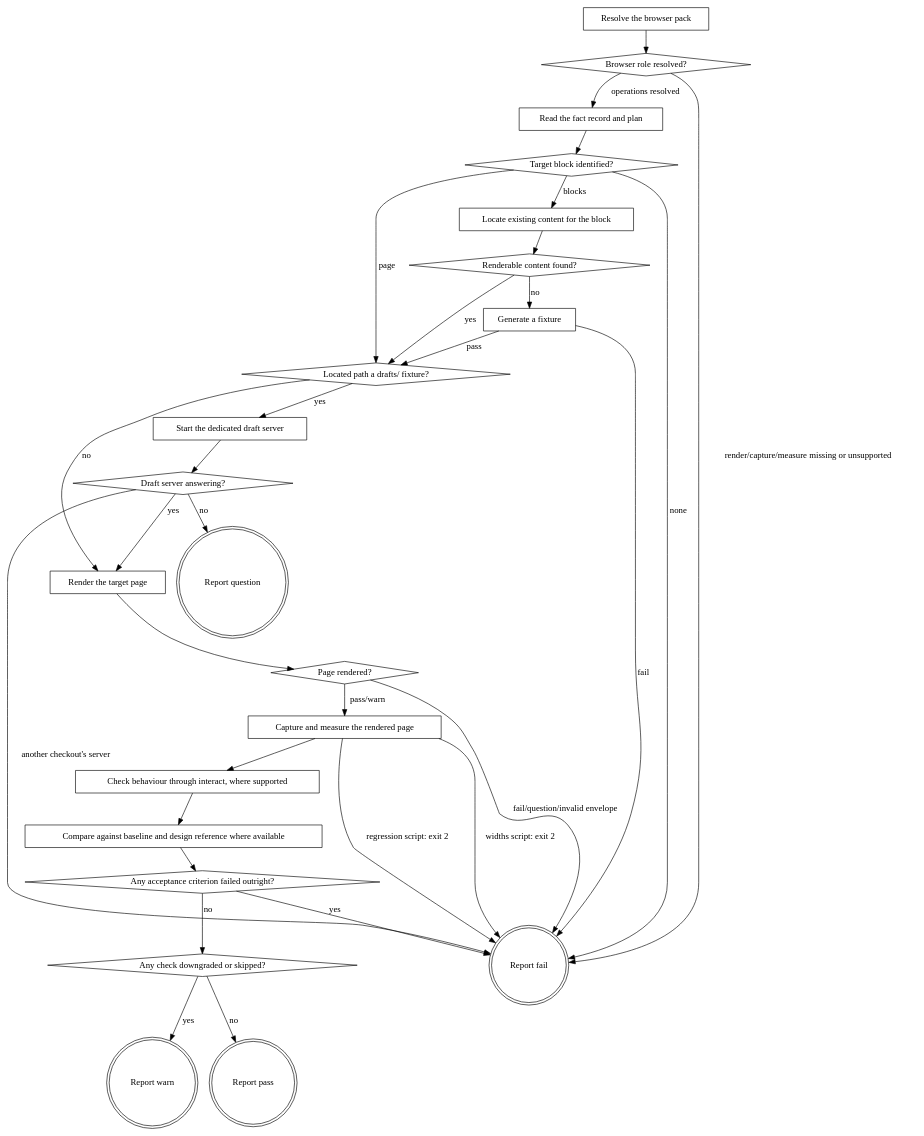
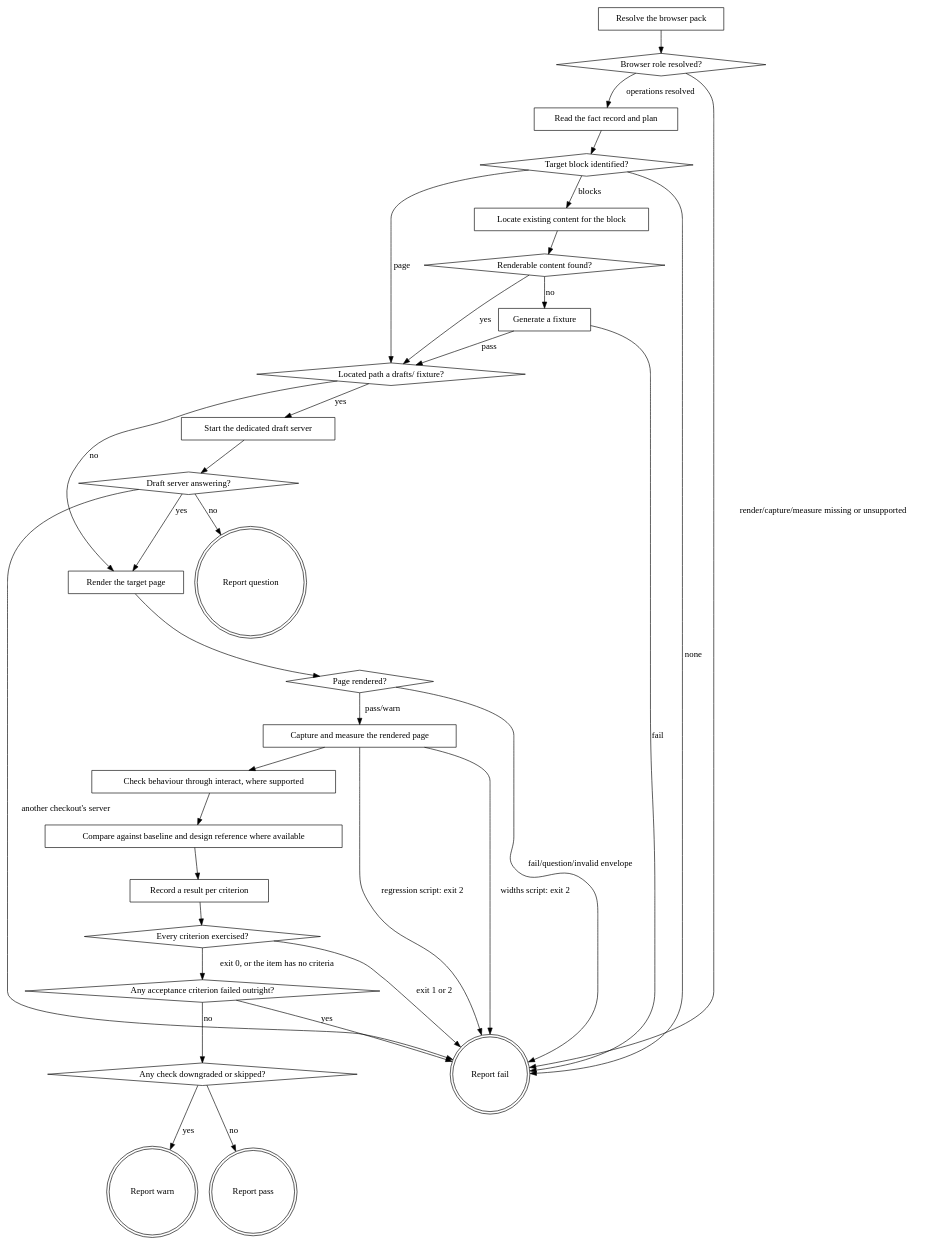
One commit to agenticDraft/plugins changed the diagram in plugins/agentic-eds/skills/eds-verify/SKILL.md. Above: the diagram before and after it, drawn with Graphviz. The commit also changed other lines of this file and 30 other files, not shown here.

````diff
--- a/plugins/agentic-eds/skills/eds-verify/SKILL.md
+++ b/plugins/agentic-eds/skills/eds-verify/SKILL.md
@@ -52,56 +52,61 @@
 ```dot
 digraph eds_verify {
     "Resolve the browser pack" [shape=box];
     "Browser role resolved?" [shape=diamond];
     "Read the fact record and plan" [shape=box];
     "Target block identified?" [shape=diamond];
     "Locate existing content for the block" [shape=box];
     "Renderable content found?" [shape=diamond];
     "Generate a fixture" [shape=box];
     "Located path a drafts/ fixture?" [shape=diamond];
     "Start the dedicated draft server" [shape=box];
     "Draft server answering?" [shape=diamond];
     "Render the target page" [shape=box];
     "Page rendered?" [shape=diamond];
     "Capture and measure the rendered page" [shape=box];
     "Check behaviour through interact, where supported" [shape=box];
     "Compare against baseline and design reference where available" [shape=box];
+    "Record a result per criterion" [shape=box];
+    "Every criterion exercised?" [shape=diamond];
     "Any acceptance criterion failed outright?" [shape=diamond];
     "Any check downgraded or skipped?" [shape=diamond];
     "Report fail" [shape=doublecircle];
     "Report question" [shape=doublecircle];
     "Report warn" [shape=doublecircle];
     "Report pass" [shape=doublecircle];
 
     "Resolve the browser pack" -> "Browser role resolved?";
     "Browser role resolved?" -> "Read the fact record and plan" [label="operations resolved"];
     "Browser role resolved?" -> "Report fail" [label="render/capture/measure missing or unsupported"];
     "Read the fact record and plan" -> "Target block identified?";
     "Target block identified?" -> "Locate existing content for the block" [label="blocks"];
     "Target block identified?" -> "Located path a drafts/ fixture?" [label="page"];
     "Target block identified?" -> "Report fail" [label="none"];
     "Locate existing content for the block" -> "Renderable content found?";
     "Renderable content found?" -> "Located path a drafts/ fixture?" [label="yes"];
     "Renderable content found?" -> "Generate a fixture" [label="no"];
     "Generate a fixture" -> "Located path a drafts/ fixture?" [label="pass"];
     "Generate a fixture" -> "Report fail" [label="fail"];
     "Located path a drafts/ fixture?" -> "Start the dedicated draft server" [label="yes"];
     "Located path a drafts/ fixture?" -> "Render the target page" [label="no"];
     "Start the dedicated draft server" -> "Draft server answering?";
     "Draft server answering?" -> "Render the target page" [label="yes"];
     "Draft server answering?" -> "Report question" [label="no"];
     "Draft server answering?" -> "Report fail" [label="another checkout's server"];
     "Render the target page" -> "Page rendered?";
     "Page rendered?" -> "Capture and measure the rendered page" [label="pass/warn"];
     "Page rendered?" -> "Report fail" [label="fail/question/invalid envelope"];
     "Capture and measure the rendered page" -> "Check behaviour through interact, where supported";
     "Capture and measure the rendered page" -> "Report fail" [label="widths script: exit 2"];
     "Capture and measure the rendered page" -> "Report fail" [label="regression script: exit 2"];
     "Check behaviour through interact, where supported" -> "Compare against baseline and design reference where available";
-    "Compare against baseline and design reference where available" -> "Any acceptance criterion failed outright?";
+    "Compare against baseline and design reference where available" -> "Record a result per criterion";
+    "Record a result per criterion" -> "Every criterion exercised?";
+    "Every criterion exercised?" -> "Any acceptance criterion failed outright?" [label="exit 0, or the item has no criteria"];
+    "Every criterion exercised?" -> "Report fail" [label="exit 1 or 2"];
     "Any acceptance criterion failed outright?" -> "Report fail" [label="yes"];
     "Any acceptance criterion failed outright?" -> "Any check downgraded or skipped?" [label="no"];
     "Any check downgraded or skipped?" -> "Report warn" [label="yes"];
     "Any check downgraded or skipped?" -> "Report pass" [label="no"];
 }
 ```
````
